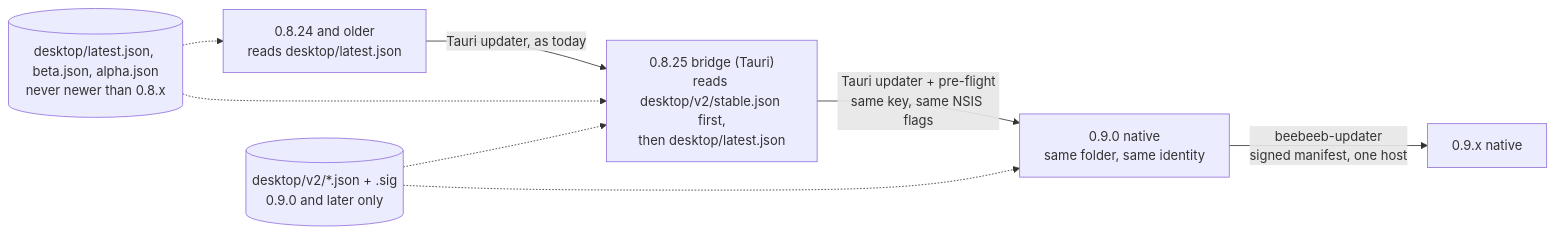
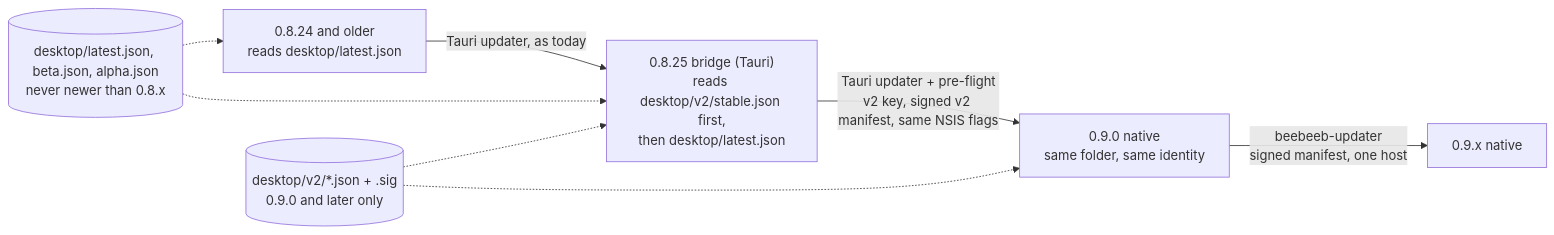
One commit to beebeeb-io/desktop changed the diagram in docs/superpowers/specs/2026-11-11-native-installer-updater.md. Above: the diagram before and after it, drawn with Mermaid. The commit also changed other lines of this file and 4 other files, not shown here.

````diff
--- a/docs/superpowers/specs/2026-11-11-native-installer-updater.md
+++ b/docs/superpowers/specs/2026-11-11-native-installer-updater.md
@@ -48,10 +53,10 @@
 ```mermaid
 flowchart LR
     OLD["0.8.24 and older<br/>reads desktop/latest.json"] -- "Tauri updater, as today" --> B["0.8.25 bridge (Tauri)<br/>reads desktop/v2/stable.json first,<br/>then desktop/latest.json"]
-    B -- "Tauri updater + pre-flight<br/>same key, same NSIS flags" --> N["0.9.0 native<br/>same folder, same identity"]
+    B -- "Tauri updater + pre-flight<br/>v2 key, signed v2 manifest, same NSIS flags" --> N["0.9.0 native<br/>same folder, same identity"]
     N -- "beebeeb-updater<br/>signed manifest, one host" --> N2["0.9.x native"]
     L[("desktop/latest.json, beta.json, alpha.json<br/>never newer than 0.8.x")] -.-> OLD
     L -.-> B
     V[("desktop/v2/*.json + .sig<br/>0.9.0 and later only")] -.-> B
     V -.-> N
 ```
````
